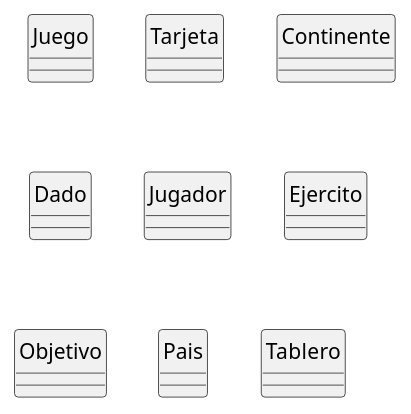
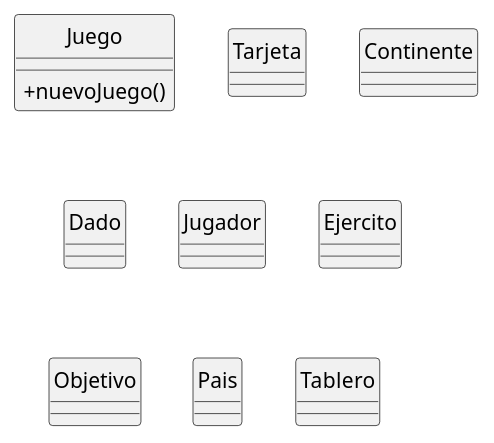
One commit to valengutierrez/algo3_tp2 changed the diagram in diagramas/clasesV2.puml. Above: the diagram before and after it, drawn with PlantUML.

Commit message:
prueba de nuevo commit

```diff
--- a/diagramas/clasesV2.puml
+++ b/diagramas/clasesV2.puml
@@ -1,19 +1,21 @@
 @startuml Diagrama de clases
 skinparam classAttributeIconSize 0
 skinparam style strictuml
 hide class circle
 hide abstract circle
 
 
-class Juego{}
+class Juego{
+	+ nuevoJuego()
+}
 class Tarjeta{}
 class Continente{}
 class Dado{}
 class Jugador{}
 class Ejercito{}
 class Objetivo{}
 class Pais{}
 class Tablero{}
 
 
 @enduml
```
